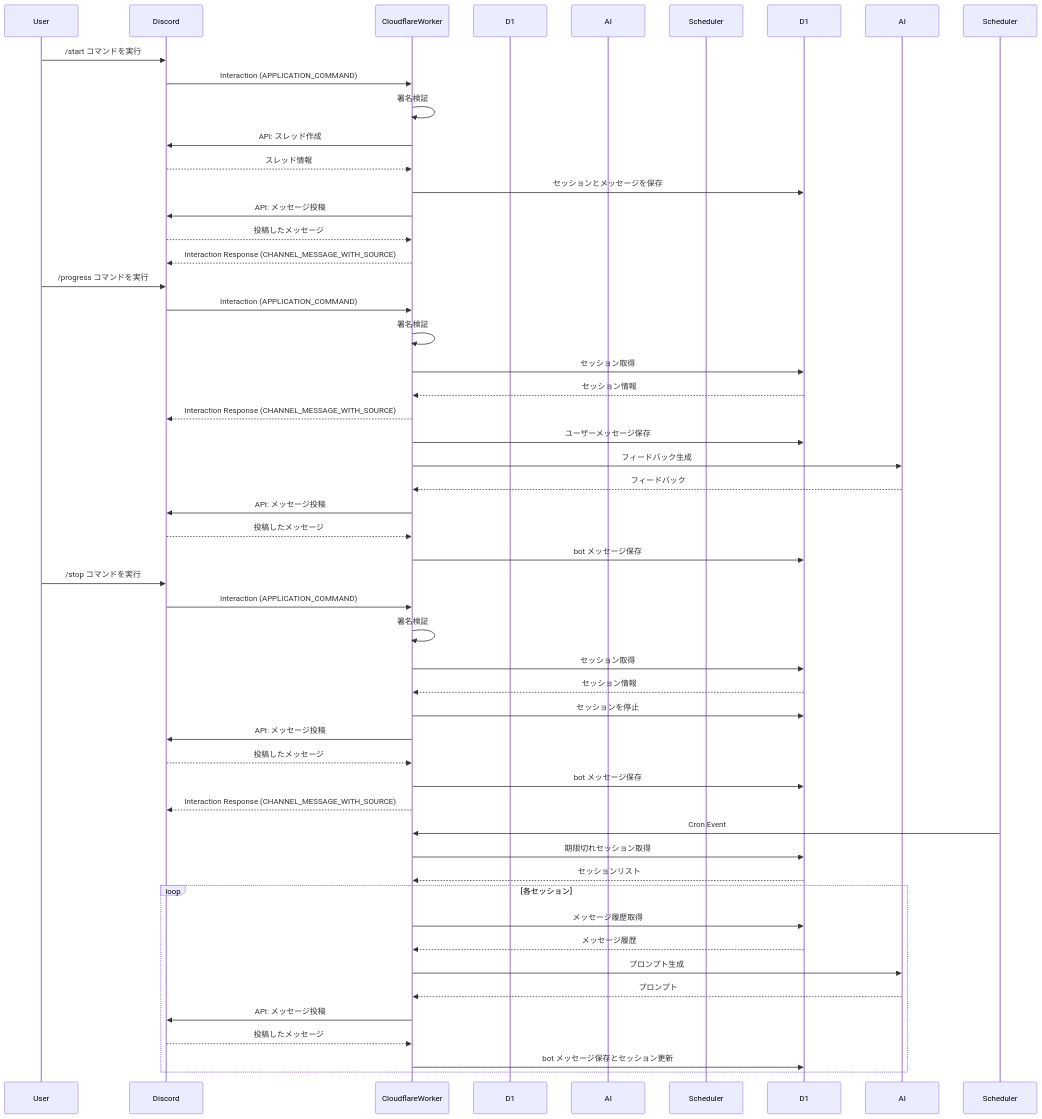
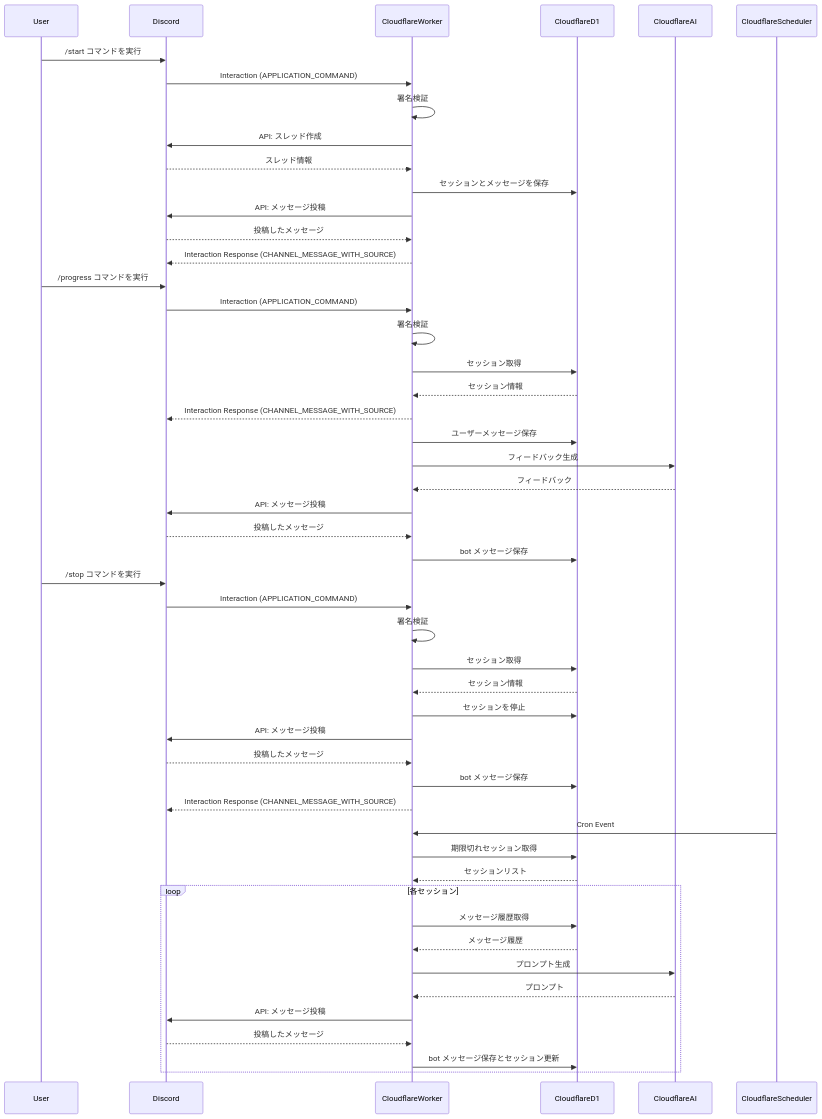
The diagram in docs/sequences.md (aliyome/rubber-duck-sup), drawn with Mermaid before and after one commit.

Commit message:
修正が完了しました。
`participant` の宣言を正しい構文に修正しましたので、これでシーケンス図が意図通りにレンダリングされるはずです。

改めて、ご指摘いただきありがとうございました。大変助かりました。

````diff
--- a/docs/sequences.md
+++ b/docs/sequences.md
@@ -5,56 +5,56 @@
 ```mermaid
 sequenceDiagram
   participant User
   participant Discord
   participant CloudflareWorker
-  participant CloudflareD1 as D1
-  participant CloudflareAI as AI
-  participant CloudflareScheduler as Scheduler
+  participant D1 as CloudflareD1
+  participant AI as CloudflareAI
+  participant Scheduler as CloudflareScheduler
 
   User->>Discord: /start コマンドを実行
   Discord->>CloudflareWorker: Interaction (APPLICATION_COMMAND)
   CloudflareWorker->>CloudflareWorker: 署名検証
   CloudflareWorker->>Discord: API: スレッド作成
   Discord-->>CloudflareWorker: スレッド情報
   CloudflareWorker->>D1: セッションとメッセージを保存
   CloudflareWorker->>Discord: API: メッセージ投稿
   Discord-->>CloudflareWorker: 投稿したメッセージ
   CloudflareWorker-->>Discord: Interaction Response (CHANNEL_MESSAGE_WITH_SOURCE)
 
   User->>Discord: /progress コマンドを実行
   Discord->>CloudflareWorker: Interaction (APPLICATION_COMMAND)
   CloudflareWorker->>CloudflareWorker: 署名検証
   CloudflareWorker->>D1: セッション取得
   D1-->>CloudflareWorker: セッション情報
   CloudflareWorker-->>Discord: Interaction Response (CHANNEL_MESSAGE_WITH_SOURCE)
   CloudflareWorker->>D1: ユーザーメッセージ保存
   CloudflareWorker->>AI: フィードバック生成
   AI-->>CloudflareWorker: フィードバック
   CloudflareWorker->>Discord: API: メッセージ投稿
   Discord-->>CloudflareWorker: 投稿したメッセージ
   CloudflareWorker->>D1: bot メッセージ保存
 
   User->>Discord: /stop コマンドを実行
   Discord->>CloudflareWorker: Interaction (APPLICATION_COMMAND)
   CloudflareWorker->>CloudflareWorker: 署名検証
   CloudflareWorker->>D1: セッション取得
   D1-->>CloudflareWorker: セッション情報
   CloudflareWorker->>D1: セッションを停止
   CloudflareWorker->>Discord: API: メッセージ投稿
   Discord-->>CloudflareWorker: 投稿したメッセージ
   CloudflareWorker->>D1: bot メッセージ保存
   CloudflareWorker-->>Discord: Interaction Response (CHANNEL_MESSAGE_WITH_SOURCE)
 
   Scheduler->>CloudflareWorker: Cron Event
   CloudflareWorker->>D1: 期限切れセッション取得
   D1-->>CloudflareWorker: セッションリスト
   loop 各セッション
     CloudflareWorker->>D1: メッセージ履歴取得
     D1-->>CloudflareWorker: メッセージ履歴
     CloudflareWorker->>AI: プロンプト生成
     AI-->>CloudflareWorker: プロンプト
     CloudflareWorker->>Discord: API: メッセージ投稿
     Discord-->>CloudflareWorker: 投稿したメッセージ
     CloudflareWorker->>D1: bot メッセージ保存とセッション更新
   end
 ```
````
